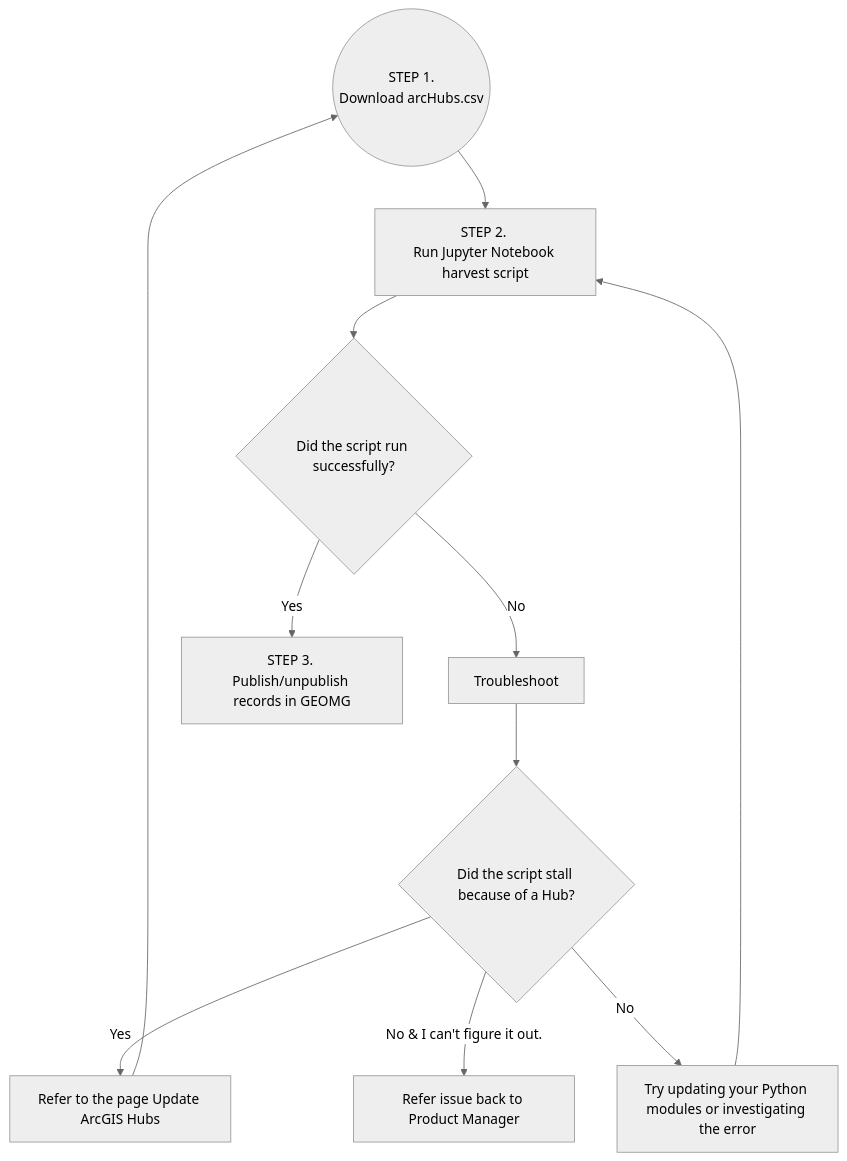
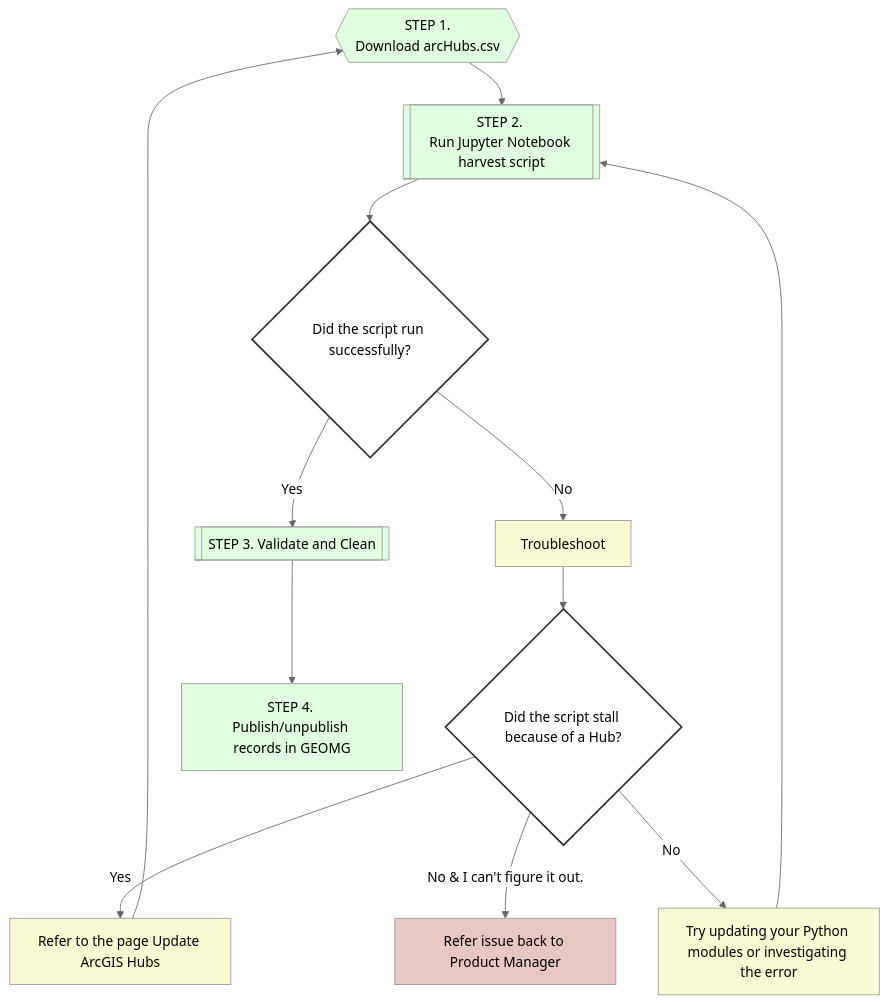
One commit to geobtaa/metadata changed the diagram in docs/recipes/R-01_arcgis-hubs.md. Above: the diagram before and after it, drawn with Mermaid (neutral theme). The commit also changed other lines of this file and 11 other files, not shown here.

````diff
--- a/docs/recipes/R-01_arcgis-hubs.md
+++ b/docs/recipes/R-01_arcgis-hubs.md
@@ -9,15 +10,25 @@
 ``` mermaid
 graph TB
 
-A((STEP 1. <br>Download arcHubs.csv)) --> B[STEP 2. <br>Run Jupyter Notebook harvest script] ;
+A{{STEP 1. <br>Download arcHubs.csv}}:::green --> B[[STEP 2. <br>Run Jupyter Notebook harvest script]]:::green;
 B --> C{Did the script run successfully?};
-C --> |No| D[Troubleshoot];
+C --> |No| D[Troubleshoot]:::yellow;
 D --> H{Did the script stall because of a Hub?};
-H --> |Yes| I[Refer to the page Update ArcGIS Hubs];
-H --> |No & I can't figure it out.| F[Refer issue back to Product Manager];
-H --> |No| J[Try updating your Python modules or investigating the error];
+H --> |Yes| I[Refer to the page Update ArcGIS Hubs]:::yellow;
+H --> |No & I can't figure it out.| F[Refer issue back to Product Manager]:::red;
+H --> |No| J[Try updating your Python modules or investigating the error]:::yellow;
 J --> B;
 I --> A;
-C --> |Yes| E[STEP 3. <br>Publish/unpublish records in GEOMG]; 
+C --> |Yes| K[[STEP 3. Validate and Clean]]:::green; 
+K --> E[STEP 4. <br>Publish/unpublish records in GEOMG]:::green; 
+
+
+classDef green fill:#E0FFE0
+classDef yellow fill:#FAFAD2
+classDef red fill:#E6C7C2
+
+
+classDef questionCell fill:#fff,stroke:#333,stroke-width:2px;
+class C,H questionCell;
 
 ```
````
